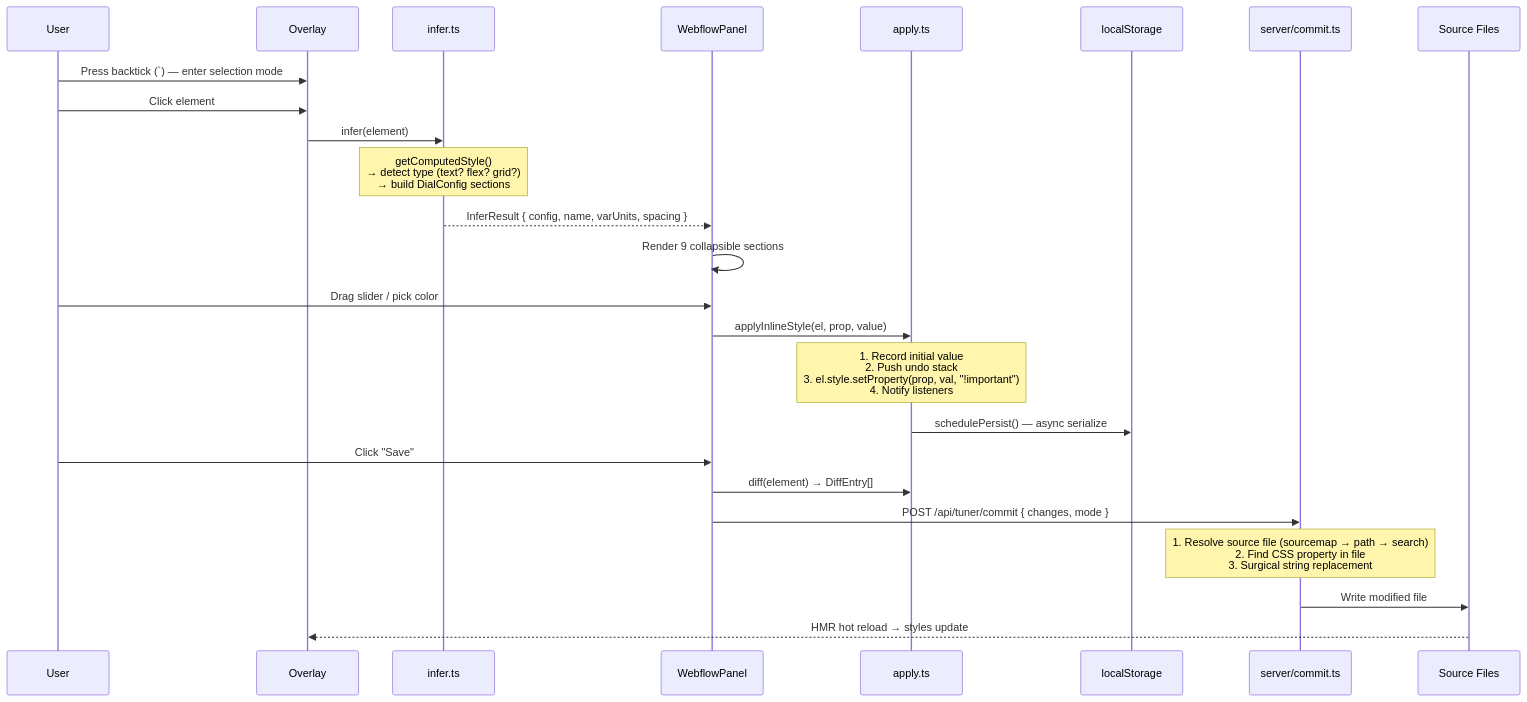
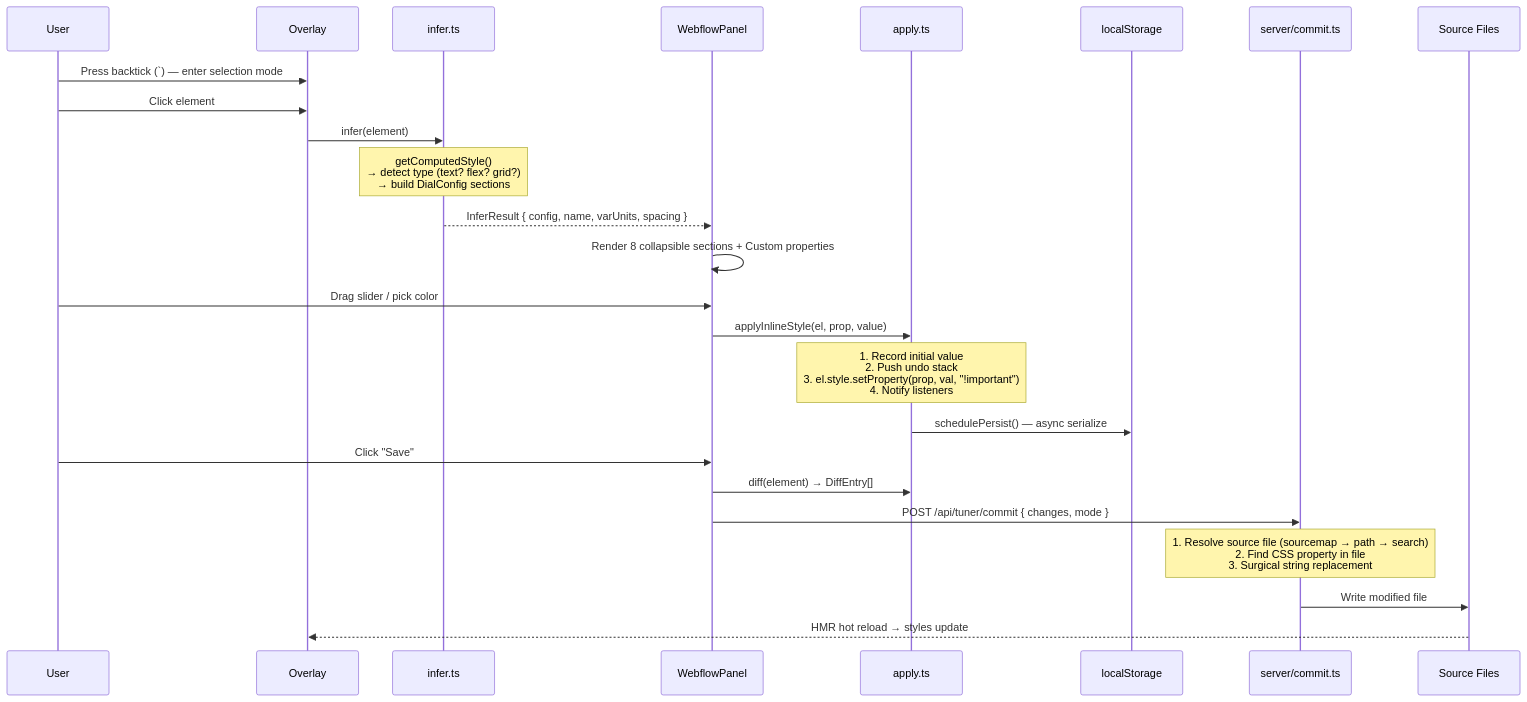
One commit to SkylarKitchen/redial changed the second of 10 diagrams in ARCHITECTURE.md. Above: the diagram before and after it, drawn with Mermaid. The commit also changed other lines of this file and 193 other files, not shown here.

````diff
--- a/ARCHITECTURE.md
+++ b/ARCHITECTURE.md
@@ -73,30 +73,30 @@
 ```mermaid
 sequenceDiagram
     participant User
     participant Overlay
     participant Infer as infer.ts
     participant Panel as WebflowPanel
     participant Apply as apply.ts
     participant LS as localStorage
     participant Server as server/commit.ts
     participant FS as Source Files
 
     User->>Overlay: Press backtick (`) — enter selection mode
     User->>Overlay: Click element
     Overlay->>Infer: infer(element)
     Note over Infer: getComputedStyle()<br/>→ detect type (text? flex? grid?)<br/>→ build DialConfig sections
     Infer-->>Panel: InferResult { config, name, varUnits, spacing }
-    Panel->>Panel: Render 9 collapsible sections
+    Panel->>Panel: Render 8 collapsible sections + Custom properties
 
     User->>Panel: Drag slider / pick color
     Panel->>Apply: applyInlineStyle(el, prop, value)
     Note over Apply: 1. Record initial value<br/>2. Push undo stack<br/>3. el.style.setProperty(prop, val, "!important")<br/>4. Notify listeners
     Apply->>LS: schedulePersist() — async serialize
 
     User->>Panel: Click "Save"
     Panel->>Apply: diff(element) → DiffEntry[]
     Panel->>Server: POST /api/tuner/commit { changes, mode }
     Note over Server: 1. Resolve source file (sourcemap → path → search)<br/>2. Find CSS property in file<br/>3. Surgical string replacement
     Server->>FS: Write modified file
     FS-->>Overlay: HMR hot reload → styles update
 ```
````
